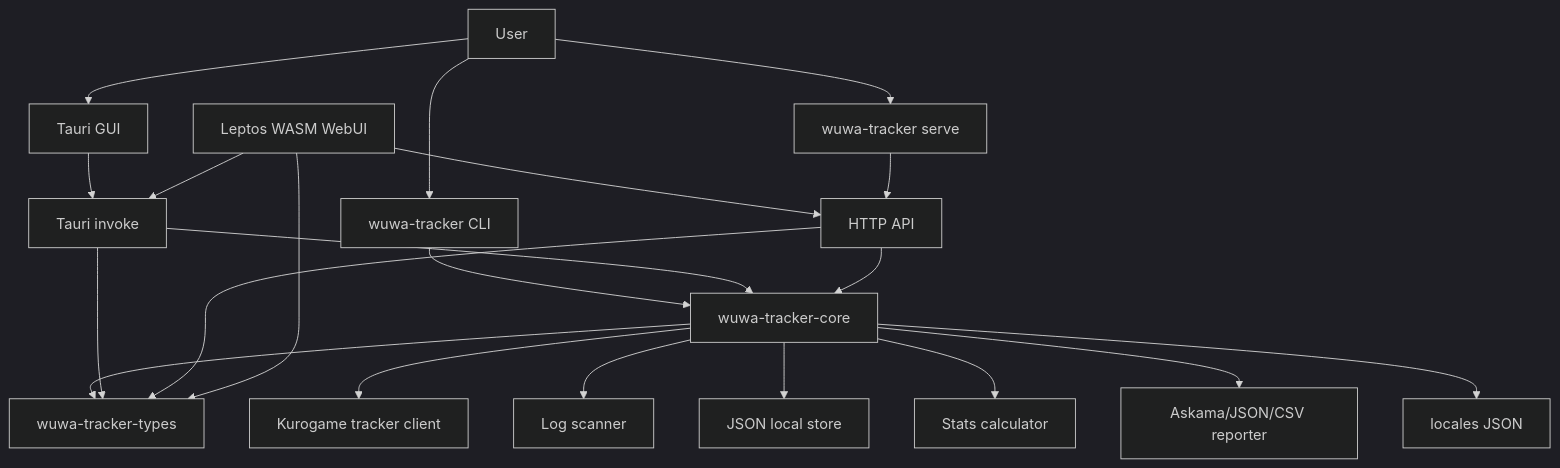
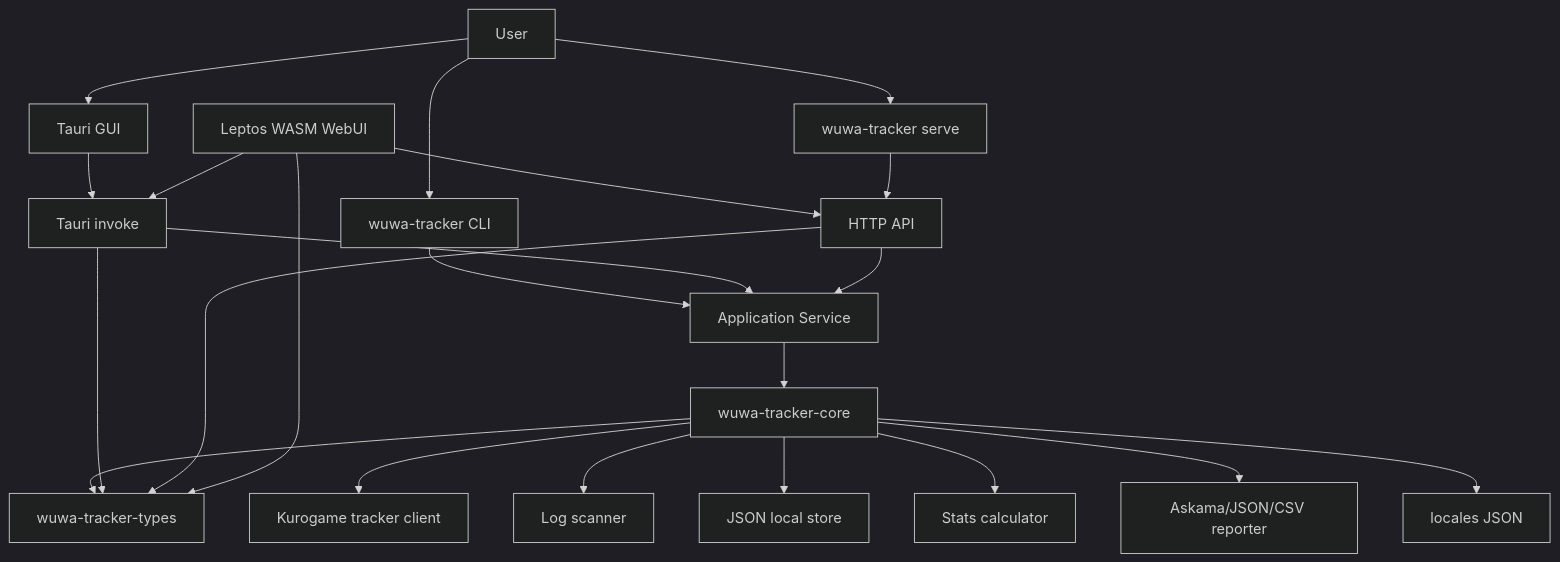
The diagram in DESIGN.md (meteormin/wuwa-tracker), drawn with Mermaid (dark theme) before and after one commit. The commit also changed other lines of this file and 14 other files, not shown here.

````diff
--- a/DESIGN.md
+++ b/DESIGN.md
@@ -9,23 +9,24 @@
 ```mermaid
 flowchart TD
     User["User"] --> CLI["wuwa-tracker CLI"]
     User --> GUI["Tauri GUI"]
     User --> Server["wuwa-tracker serve"]
     GUI --> Invoke["Tauri invoke"]
     WebUI["Leptos WASM WebUI"] --> Invoke
     WebUI --> HTTP["HTTP API"]
     Server --> HTTP
+    CLI --> AppService["Application Service"]
+    Invoke --> AppService
+    HTTP --> AppService
+    AppService --> Core["wuwa-tracker-core"]
     Core --> Types["wuwa-tracker-types"]
     Invoke --> Types
     HTTP --> Types
     WebUI --> Types
-    CLI --> Core["wuwa-tracker-core"]
-    Invoke --> Core
-    HTTP --> Core
     Core --> Tracker["Kurogame tracker client"]
     Core --> Scanner["Log scanner"]
     Core --> Store["JSON local store"]
     Core --> Stats["Stats calculator"]
     Core --> Reporter["Askama/JSON/CSV reporter"]
     Core --> Locales["locales JSON"]
 ```
````
